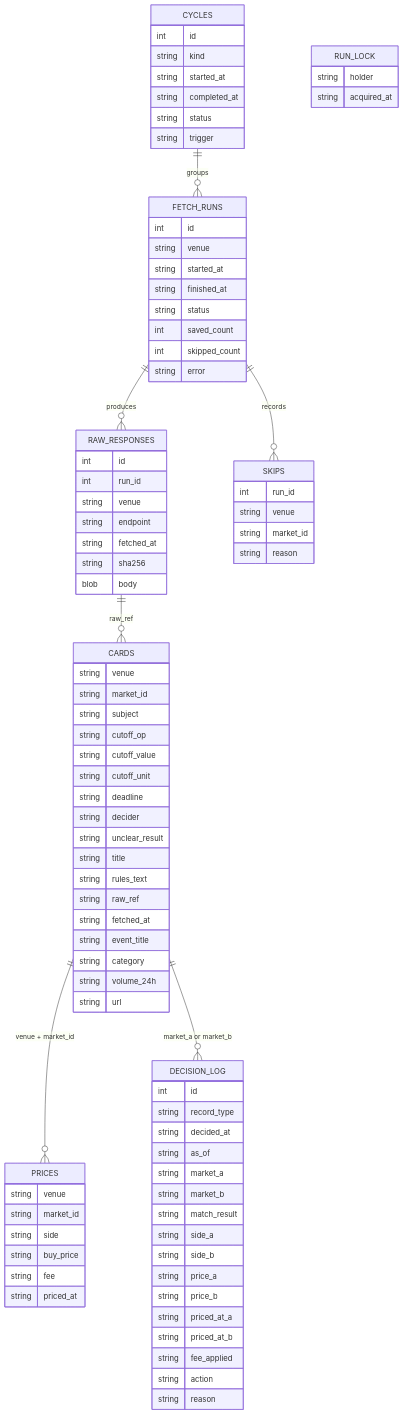
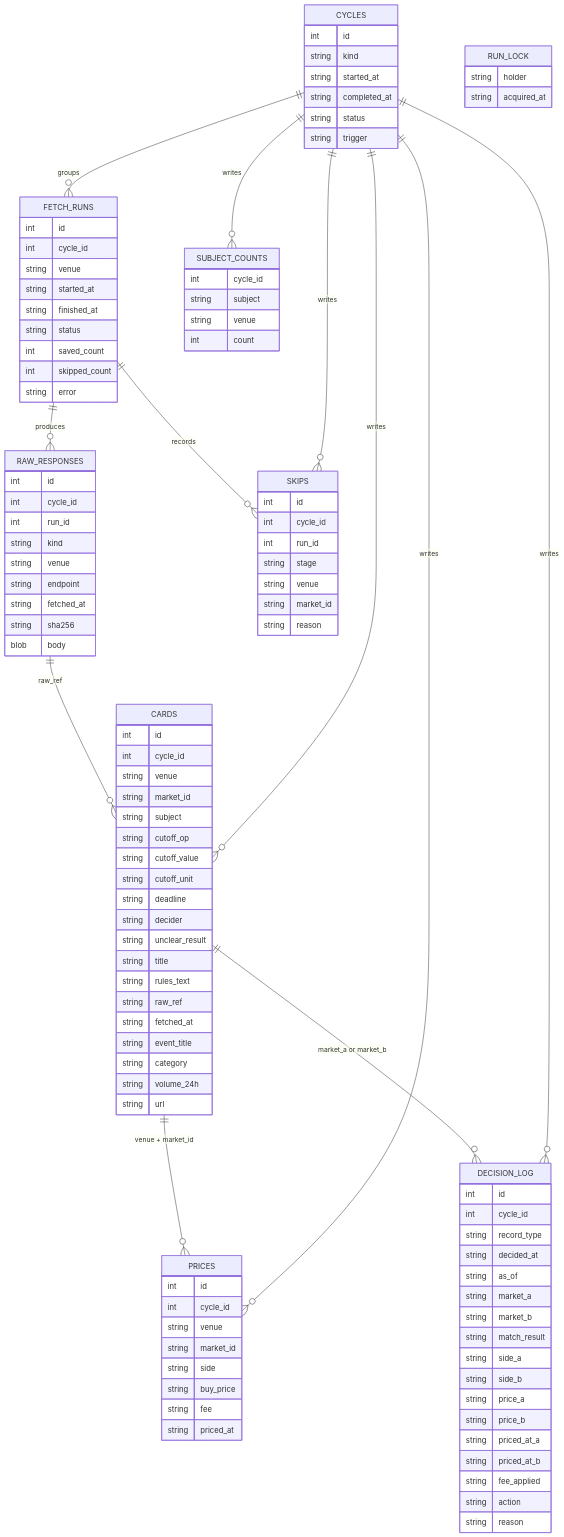
The third of 10 diagrams in docs/architecture.md (debudash/equinox-crossvenue-predictionmkt), drawn with Mermaid before and after one commit. The commit also changed other lines of this file and 21 other files, not shown here.

````diff
--- a/docs/architecture.md
+++ b/docs/architecture.md
@@ -88,6 +88,11 @@
   CARDS ||--o{ DECISION_LOG : "market_a or market_b"
 
   CYCLES ||--o{ FETCH_RUNS : groups
+  CYCLES ||--o{ CARDS : writes
+  CYCLES ||--o{ PRICES : writes
+  CYCLES ||--o{ DECISION_LOG : writes
+  CYCLES ||--o{ SKIPS : writes
+  CYCLES ||--o{ SUBJECT_COUNTS : writes
   CYCLES {
     int id
     string kind
@@ -102,6 +107,7 @@
   }
   FETCH_RUNS {
     int id
+    int cycle_id
     string venue
     string started_at
     string finished_at
@@ -112,7 +118,9 @@
   }
   RAW_RESPONSES {
     int id
+    int cycle_id
     int run_id
+    string kind
     string venue
     string endpoint
     string fetched_at
@@ -120,12 +128,17 @@
     blob body
   }
   SKIPS {
+    int id
+    int cycle_id
     int run_id
+    string stage
     string venue
     string market_id
     string reason
   }
   CARDS {
+    int id
+    int cycle_id
     string venue
     string market_id
     string subject
@@ -145,6 +158,8 @@
     string url
   }
   PRICES {
+    int id
+    int cycle_id
     string venue
     string market_id
     string side
@@ -154,6 +169,7 @@
   }
   DECISION_LOG {
     int id
+    int cycle_id
     string record_type
     string decided_at
     string as_of
@@ -170,4 +186,10 @@
     string action
     string reason
   }
+  SUBJECT_COUNTS {
+    int cycle_id
+    string subject
+    string venue
+    int count
+  }
 ```
````
